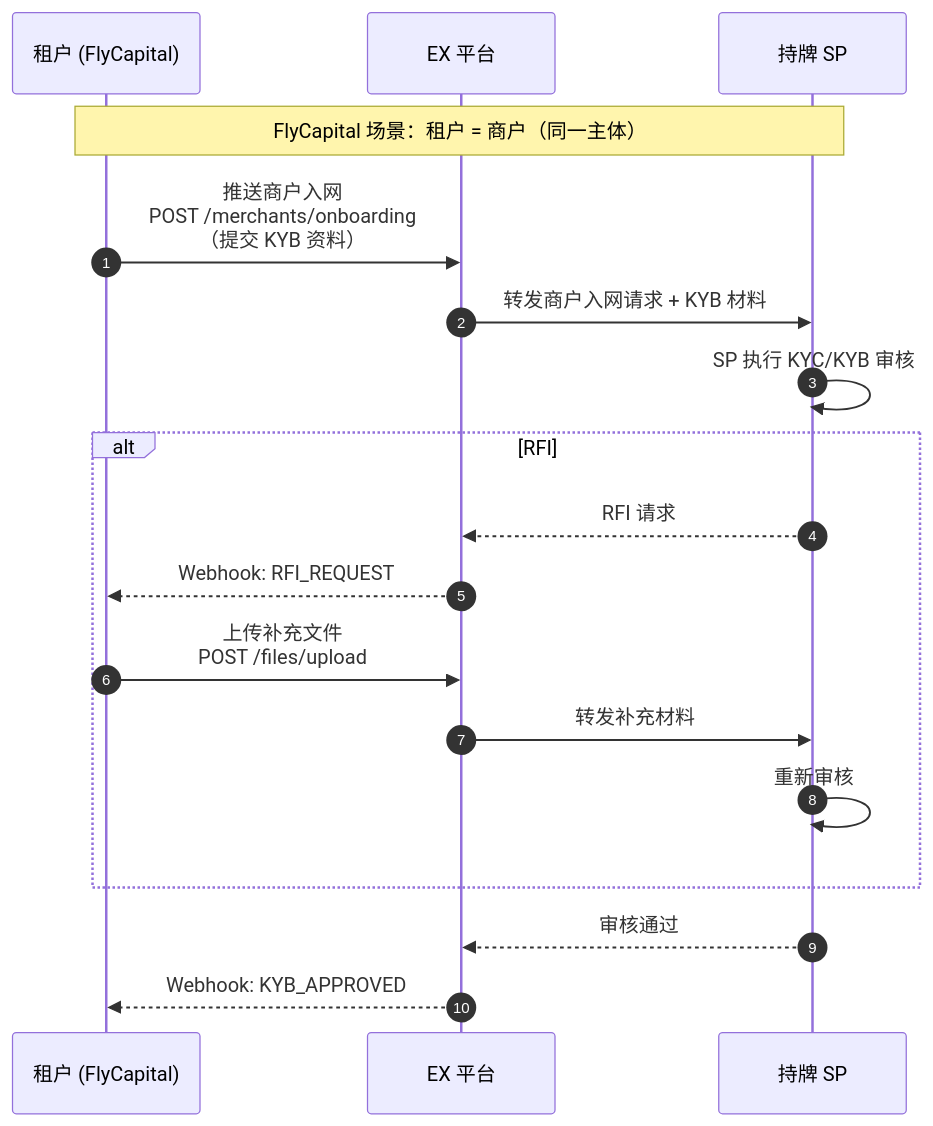
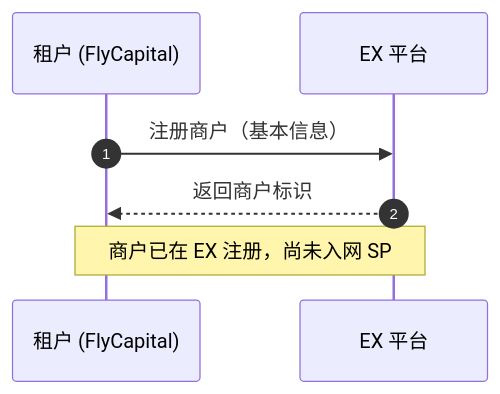
Before and after one commit to xiaoxiaoangie/EX-NEW: the first of 9 diagrams in Solutions/solutions/API-SOLUTION/ex-API-onofframp-solution.md, drawn with Mermaid. The commit also changed other lines of this file and 18 other files, not shown here.

````diff
--- a/Solutions/solutions/API-SOLUTION/ex-API-onofframp-solution.md
+++ b/Solutions/solutions/API-SOLUTION/ex-API-onofframp-solution.md
@@ -124,24 +126,10 @@
 ```mermaid
 sequenceDiagram
     autonumber
     participant T as 租户 (FlyCapital)
     participant EX as EX 平台
-    participant SP as 持牌 SP
 
-    Note over T,SP: FlyCapital 场景：租户 = 商户（同一主体）
-
-    T->>EX: 推送商户入网<br/>POST /merchants/onboarding<br/>（提交 KYB 资料）
-    EX->>SP: 转发商户入网请求 + KYB 材料
-    SP->>SP: SP 执行 KYC/KYB 审核
-
-    alt RFI
-        SP-->>EX: RFI 请求
-        EX-->>T: Webhook: RFI_REQUEST
-        T->>EX: 上传补充文件<br/>POST /files/upload
-        EX->>SP: 转发补充材料
-        SP->>SP: 重新审核
-    end
-
-    SP-->>EX: 审核通过
-    EX-->>T: Webhook: KYB_APPROVED
+    T->>EX: 注册商户（基本信息）
+    EX-->>T: 返回商户标识
+    Note over T,EX: 商户已在 EX 注册，尚未入网 SP
 ```
````
